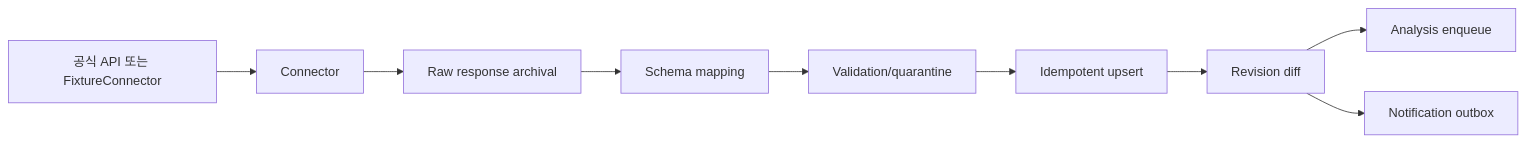
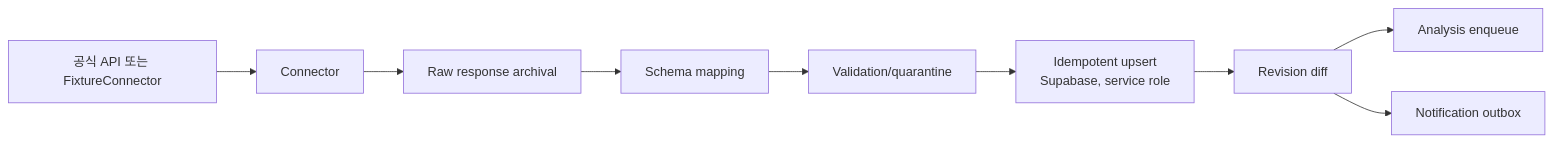
One commit to solideoai/sol-radar changed the diagram in docs/07-DATA-PIPELINE.md. Above: the diagram before and after it, drawn with Mermaid. The commit also changed other lines of this file and 26 other files, not shown here.

````diff
--- a/docs/07-DATA-PIPELINE.md
+++ b/docs/07-DATA-PIPELINE.md
@@ -30,11 +30,11 @@
 ```mermaid
 flowchart LR
  A[공식 API 또는 FixtureConnector] --> B[Connector]
  B --> C[Raw response archival]
  C --> D[Schema mapping]
  D --> E[Validation/quarantine]
- E --> F[Idempotent upsert]
+ E --> F[Idempotent upsert<br/>Supabase, service role]
  F --> G[Revision diff]
  G --> H[Analysis enqueue]
  G --> I[Notification outbox]
 ```
````
